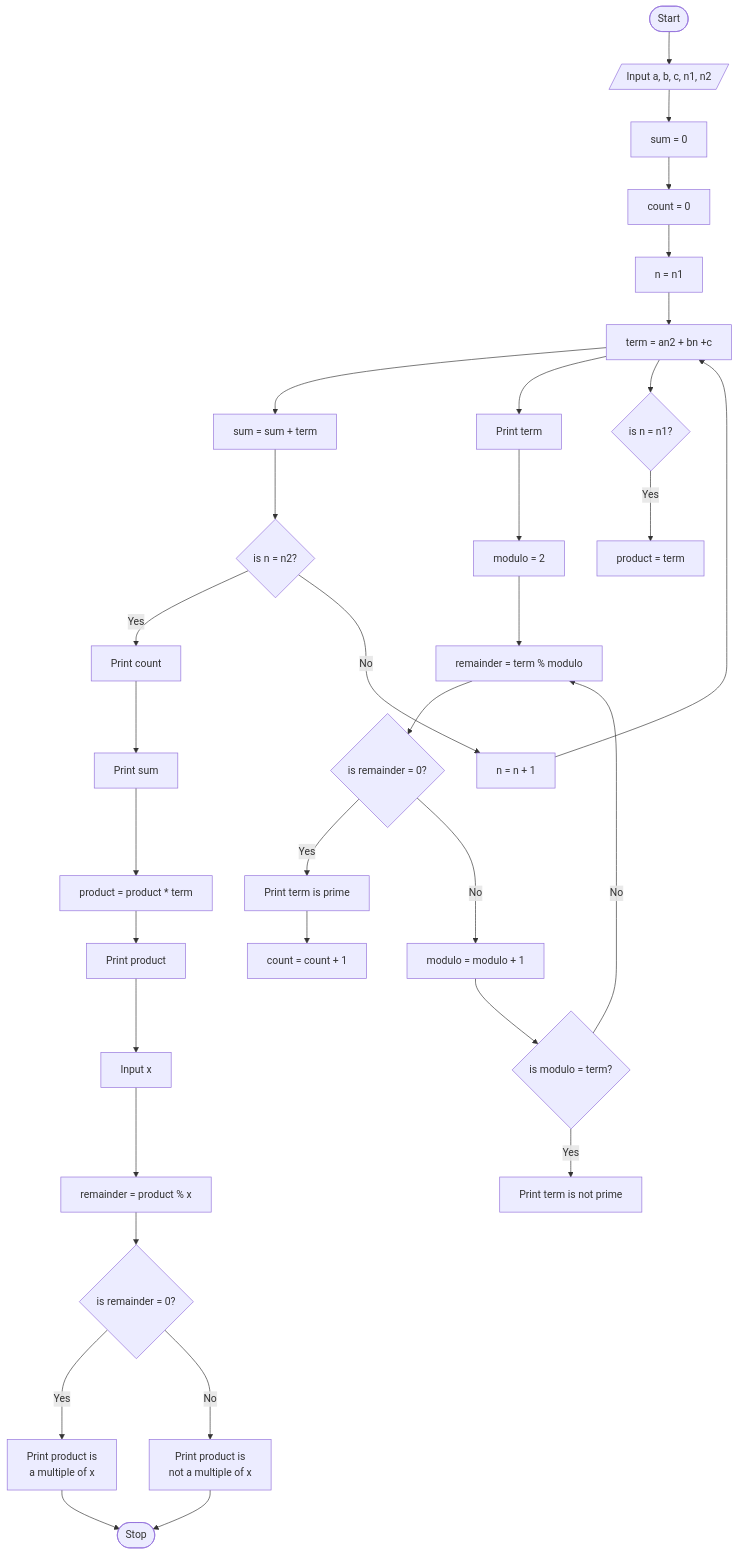
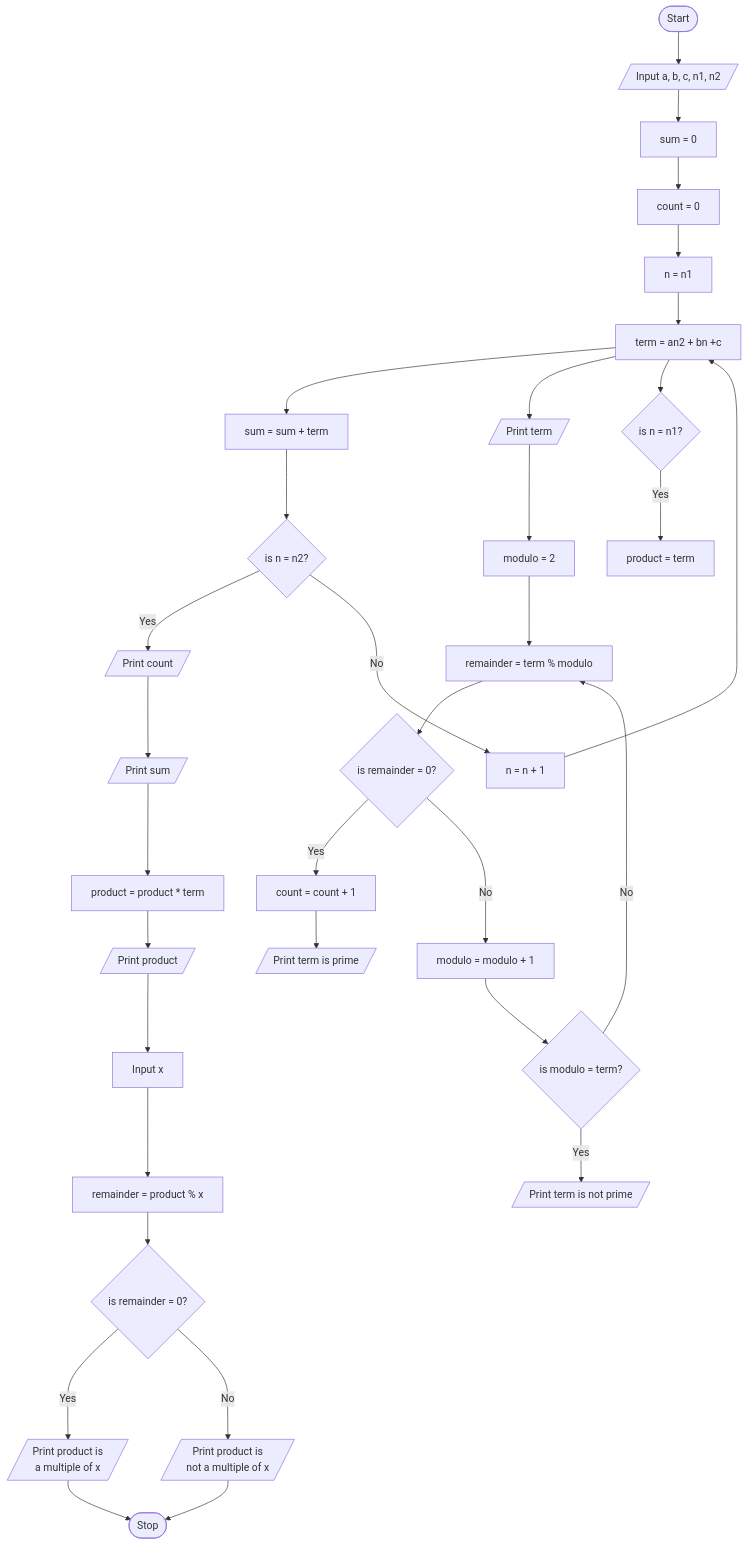
One commit to gtugaw/comp1236project changed the diagram in flowchart/task3.md. Above: the diagram before and after it, drawn with Mermaid.

Commit message:
fix box shape of print

````diff
--- a/flowchart/task3.md
+++ b/flowchart/task3.md
@@ -2,54 +2,54 @@
 ```mermaid
 flowchart TB
     A([Start])
     A-->B[/Input a, b, c, n1, n2/]
     B-->C[sum = 0]
 
 
     CC-->D[n = n1]
     D-->E[term = an2 + bn +c]
     E-->F[sum = sum + term]
-    E-->G[Print term]
+    E-->G[/Print term/]
 
     C-->CC[count = 0]
     G-->GF[modulo = 2]
     GF-->GH[remainder = term % modulo]
     GH-->GI{is remainder = 0?}
-    GI--Yes-->GJ[Print term is prime]
-    GJ-->GK[count = count + 1]
+    GJ-->GK[/Print term is prime/]
+    GI--Yes-->GJ[count = count + 1]
 
     GI--Noo-->GL[modulo = modulo + 1]
     GL-->GM{is modulo = term?}
-    GM--Yes-->GN[Print term is not prime]
+    GM--Yes-->GN[/Print term is not prime/]
 
     GM--Noo-->GH
 
 
 
 
 
     F-->H{is n = n2?}
 
-    H--Yes-->GO[Print count]
+    H--Yes-->GO[/Print count/]
 
     H--Noo-->I[n = n + 1]
     I-->E
     J-->K[product = product * term]
-    K-->L[Print product]
-    GO-->J[Print sum]
+    K-->L[/Print product/]
+    GO-->J[/Print sum/]
     
 
     E-->N{is n = n1?}
     N--Yes-->P[product = term]
 
     L-->Q[Input x]
     Q-->R[remainder = product % x]
     R-->S{is remainder = 0?}
-    S--Yes-->T[Print product is 
-    a multiple of x]
-    S--Noo-->U[Print product is 
-    not a multiple of x]
+    S--Yes-->T[/Print product is 
+    a multiple of x/]
+    S--Noo-->U[/Print product is 
+    not a multiple of x/]
 
     T-->V([Stop])
     U-->V
 ```
````
